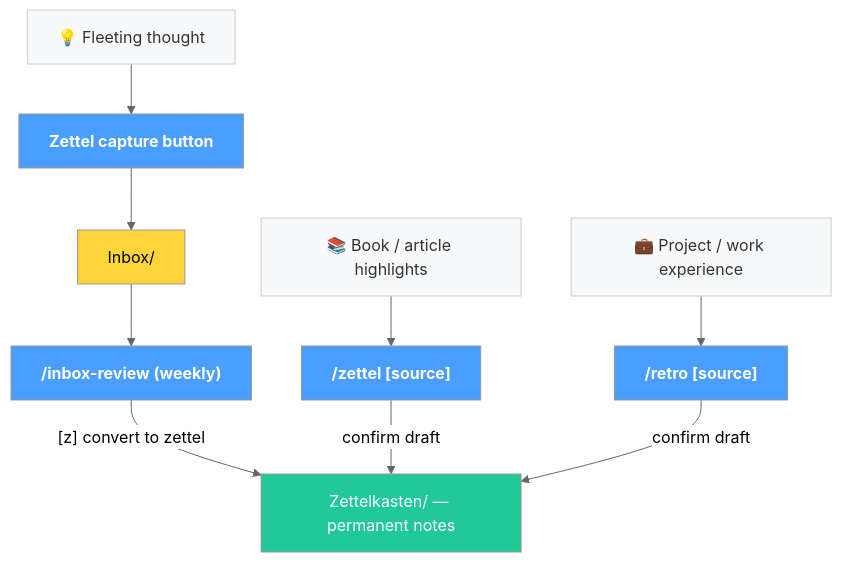
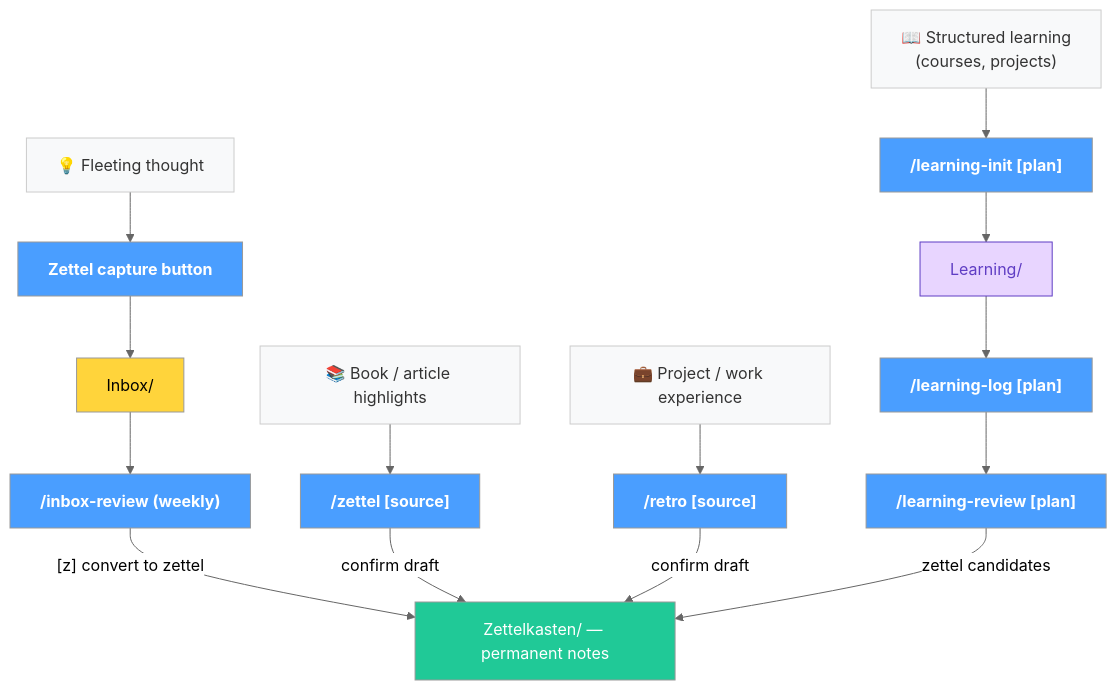
Before and after one commit to yepengfan/obsidian-workflow: the third of 4 diagrams in README.md, drawn with Mermaid (neutral theme). The commit also changed other lines of this file and 11 other files, not shown here.

First line of the commit message:
Add Learning Plan workflow (#21)

````diff
--- a/README.md
+++ b/README.md
@@ -124,27 +131,36 @@
 ```mermaid
 flowchart TD
     classDef cmd fill:#4a9eff,color:#fff,font-weight:bold
     classDef store fill:#20c997,color:#fff
     classDef inbox fill:#ffd43b,color:#000
     classDef source fill:#f8f9fa,color:#333,stroke:#ccc
+    classDef plan fill:#e8d5ff,color:#5f3dc4,stroke:#5f3dc4
 
     THOUGHT["💡 Fleeting thought"]:::source
     BOOK["📚 Book / article highlights"]:::source
     WORK_EXP["💼 Project / work experience"]:::source
+    COURSE["📖 Structured learning<br/>(courses, projects)"]:::source
 
     BTN["Zettel capture button"]:::cmd
     INBOX["Inbox/"]:::inbox
     IR["/inbox-review (weekly)"]:::cmd
     ZT["/zettel [source]"]:::cmd
     RT["/retro [source]"]:::cmd
+    LI["/learning-init [plan]"]:::cmd
+    LL["/learning-log [plan]"]:::cmd
+    LR["/learning-review [plan]"]:::cmd
 
+    PLAN["Learning/"]:::plan
     ZK["Zettelkasten/ — permanent notes"]:::store
 
     THOUGHT --> BTN --> INBOX --> IR
     BOOK --> ZT
     WORK_EXP --> RT
+    COURSE --> LI --> PLAN
+    PLAN --> LL --> LR
 
     IR -->|"[z] convert to zettel"| ZK
     ZT -->|"confirm draft"| ZK
     RT -->|"confirm draft"| ZK
+    LR -->|"zettel candidates"| ZK
 ```
````
